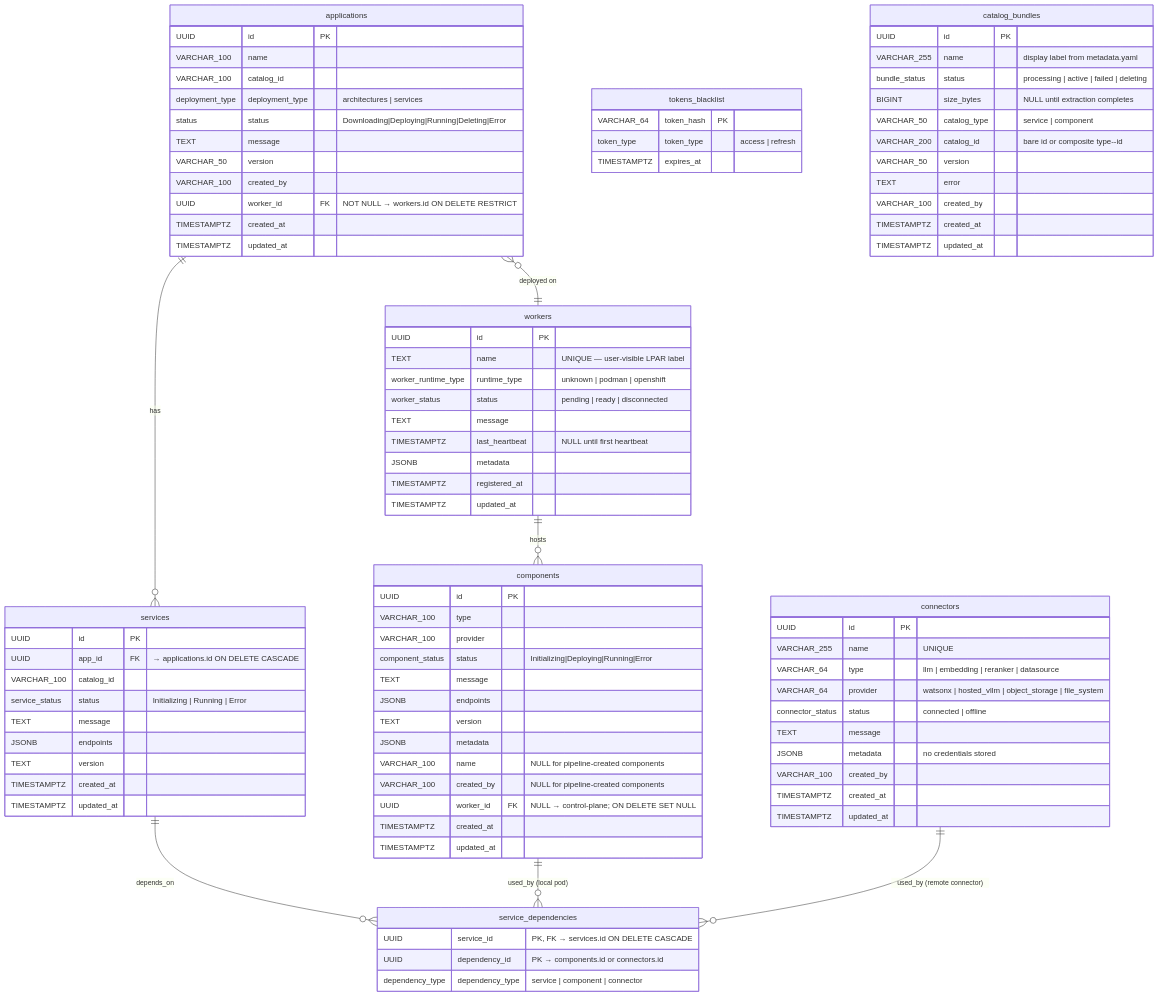
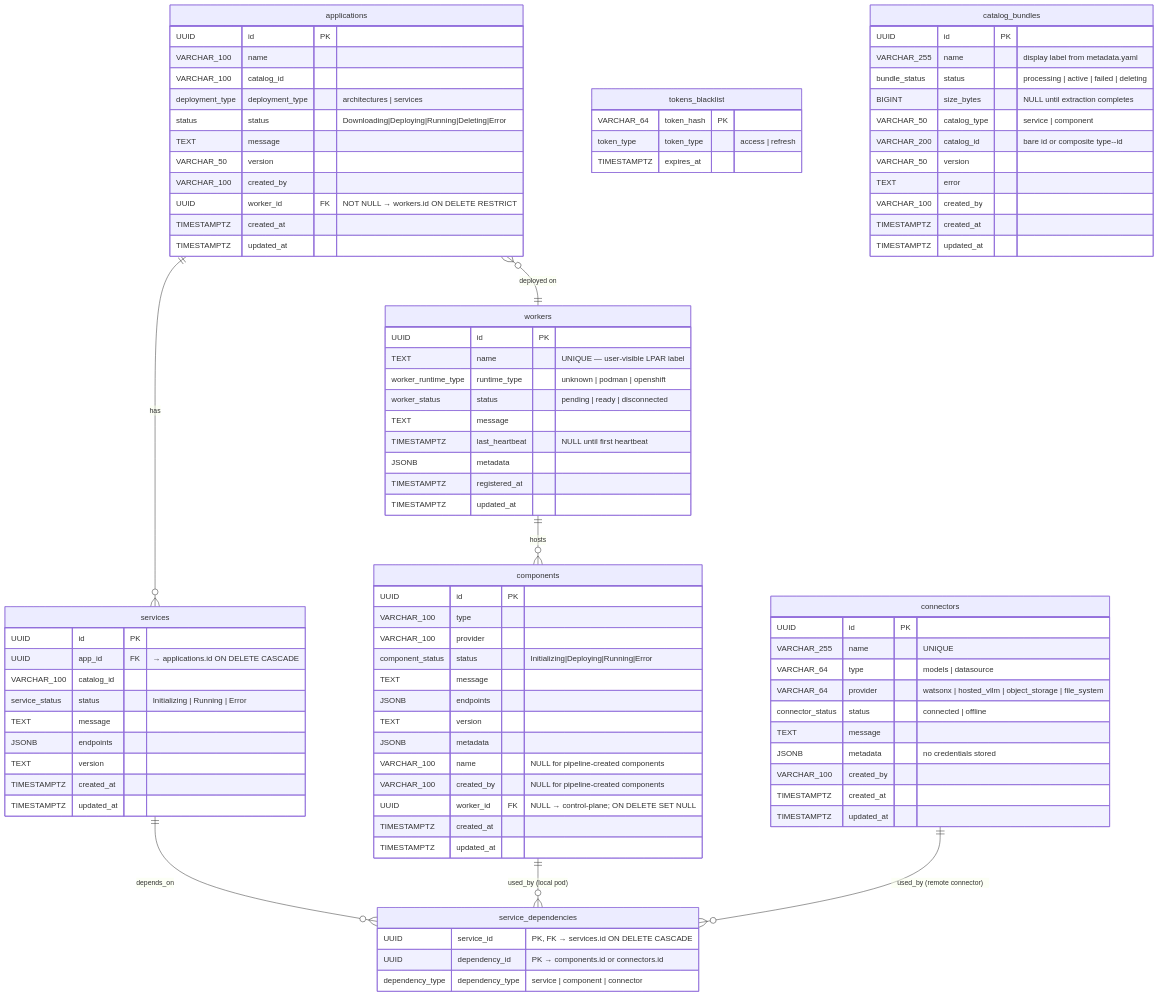
Before and after one commit to IBM/project-ai-services: the diagram in docs/proposals/model-management/model-management-LLD.md, drawn with Mermaid. The commit also changed other lines of this file, not shown here.

```diff
--- a/docs/proposals/model-management/model-management-LLD.md
+++ b/docs/proposals/model-management/model-management-LLD.md
@@ -943,7 +909,7 @@
     connectors {
         UUID             id              PK
         VARCHAR_255      name               "UNIQUE"
-        VARCHAR_64       type               "llm | embedding | reranker | datasource"
+        VARCHAR_64       type               "models | datasource"
         VARCHAR_64       provider           "watsonx | hosted_vllm | object_storage | file_system"
         connector_status status             "connected | offline"
         TEXT             message
```
